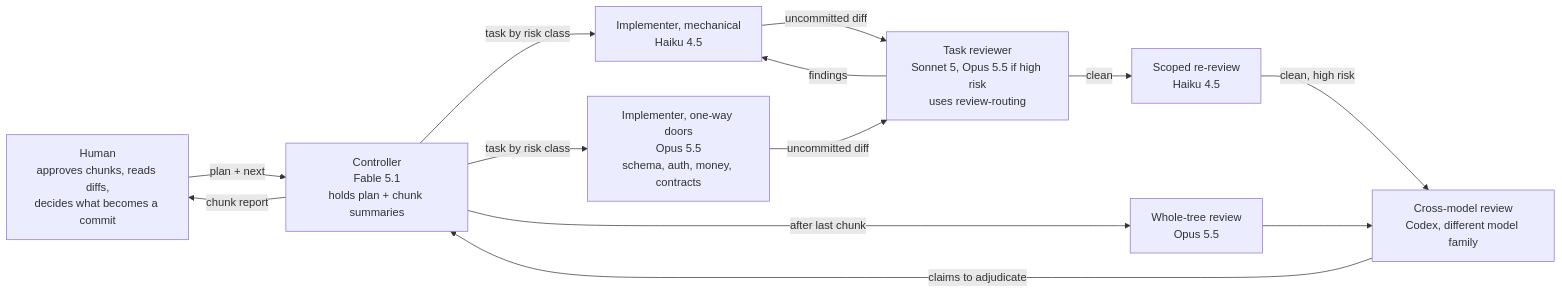
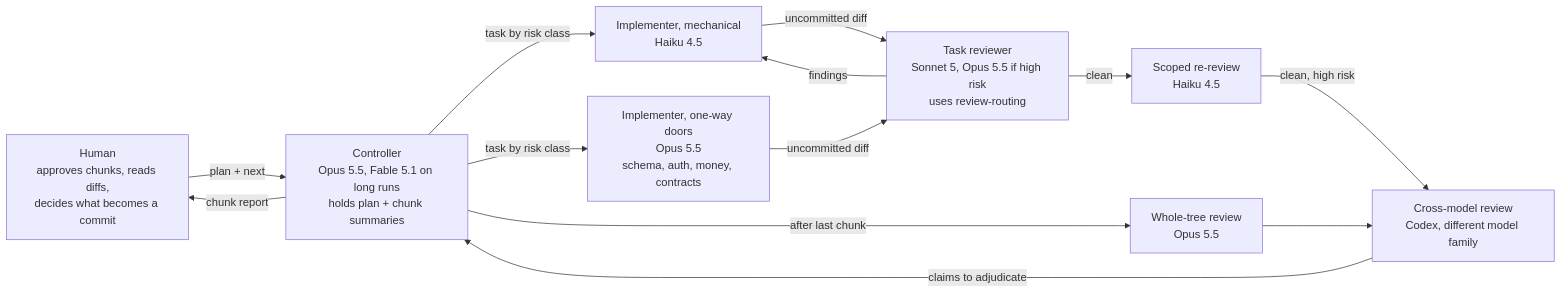
The diagram in diagrams/roles-and-models.mmd (vilkoalexander/delivery-skills), drawn with Mermaid before and after one commit. The commit also changed 29 other files, not shown here.

```diff
--- a/diagrams/roles-and-models.mmd
+++ b/diagrams/roles-and-models.mmd
@@ -1,20 +1,20 @@
 graph LR
   H[Human<br/>approves chunks, reads diffs,<br/>decides what becomes a commit]
-  C[Controller<br/>Fable 5.1<br/>holds plan + chunk summaries]
+  C[Controller<br/>Opus 5.5, Fable 5.1 on long runs<br/>holds plan + chunk summaries]
   IM[Implementer, mechanical<br/>Haiku 4.5]
   IO[Implementer, one-way doors<br/>Opus 5.5<br/>schema, auth, money, contracts]
   RV[Task reviewer<br/>Sonnet 5, Opus 5.5 if high risk<br/>uses review-routing]
   RR[Scoped re-review<br/>Haiku 4.5]
   FW[Whole-tree review<br/>Opus 5.5]
   XM[Cross-model review<br/>Codex, different model family]
   H -- plan + next --> C
   C -- task by risk class --> IM
   C -- task by risk class --> IO
   IM & IO -- uncommitted diff --> RV
   RV -- findings --> IM
   RV -- clean --> RR
   RR -- clean, high risk --> XM
   XM -- claims to adjudicate --> C
   C -- after last chunk --> FW
   FW --> XM
   C -- chunk report --> H
```
